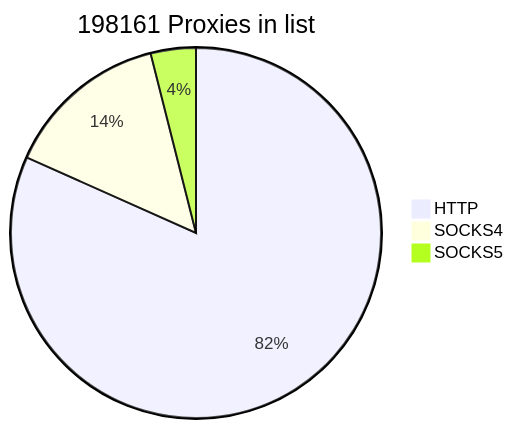
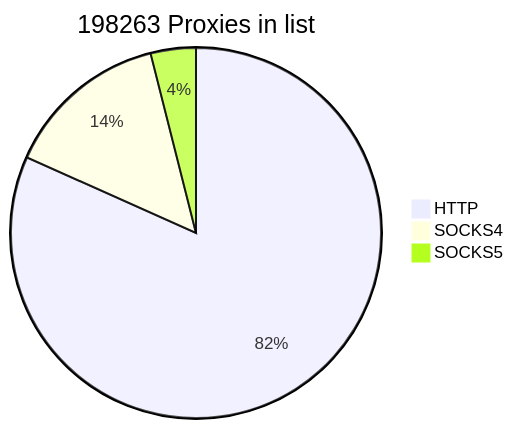
One commit to cutipu/proxylist changed the first of 2 diagrams in README.md. Above: the diagram before and after it, drawn with Mermaid. The commit also changed other lines of this file, not shown here.

````diff
--- a/README.md
+++ b/README.md
@@ -2,7 +2,7 @@
 ```mermaid
-pie title 198161 Proxies in list
-    "HTTP" : 161871
+pie title 198263 Proxies in list
+    "HTTP" : 161963
     "SOCKS4" : 28488
-    "SOCKS5" : 7802
+    "SOCKS5" : 7812
             
 ```
````
